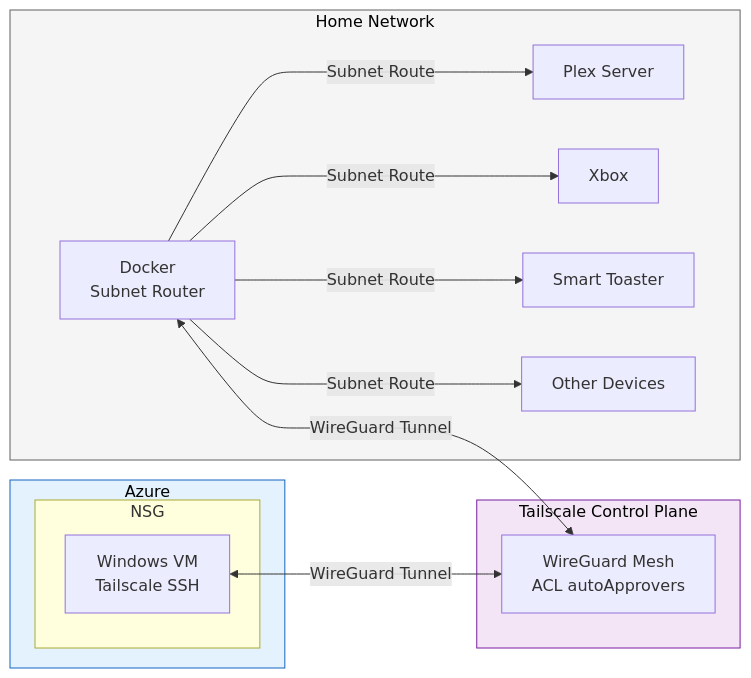
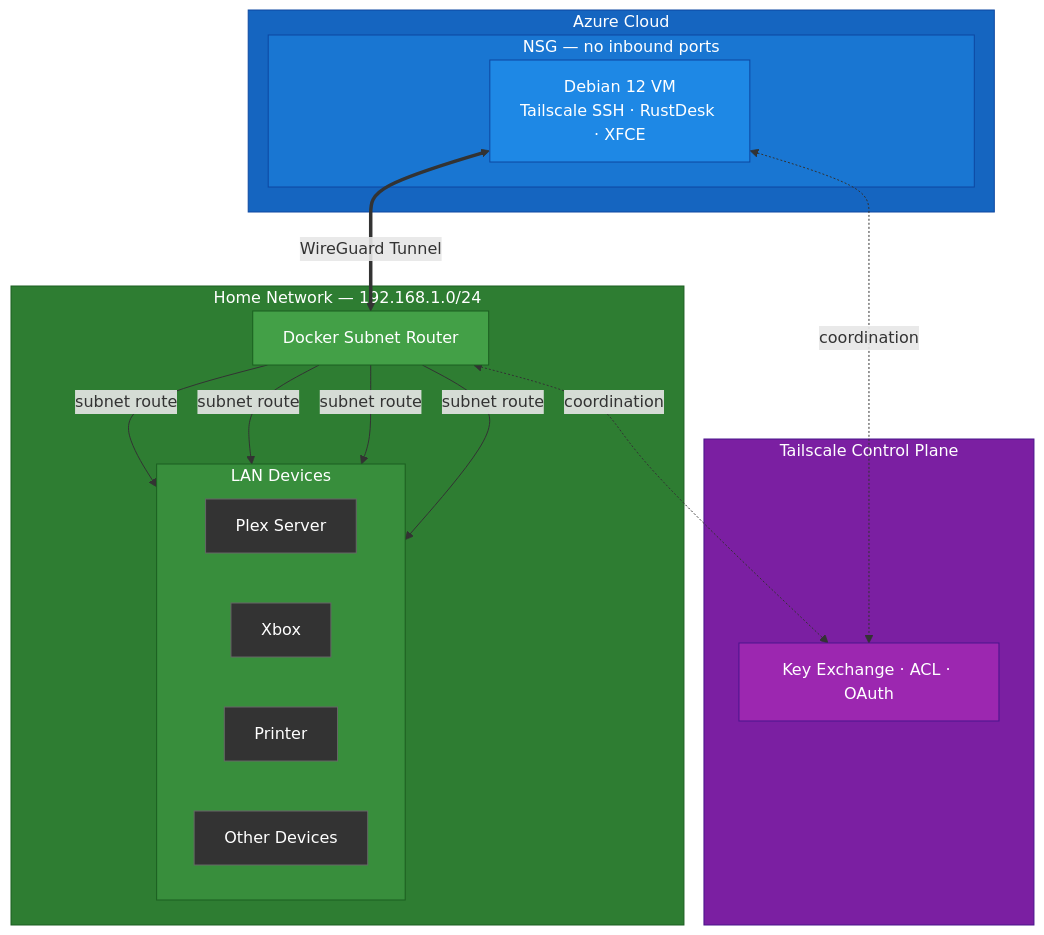
The diagram in README.md (mwmardis/tailscale-subnet-router-lab), drawn with Mermaid before and after one commit. The commit also changed other lines of this file and 12 other files, not shown here.

````diff
--- a/README.md
+++ b/README.md
@@ -7,27 +7,45 @@
 ```mermaid
-graph LR
-    subgraph Azure["Azure"]
-        subgraph NSG["NSG"]
-            VM["Windows VM<br/>Tailscale SSH"]
+graph TB
+    subgraph CP["Tailscale Control Plane"]
+        Coord["Key Exchange · ACL · OAuth"]
+    end
+
+    VM <-. coordination .-> Coord
+    SR <-. coordination .-> Coord
+
+    subgraph Azure["Azure Cloud"]
+        subgraph NSG["NSG — no inbound ports"]
+            VM["Debian 12 VM<br/>Tailscale SSH · RustDesk · XFCE"]
         end
     end
 
-    subgraph Tailnet["Tailscale Control Plane"]
-        CP["WireGuard Mesh<br/>ACL autoApprovers"]
+    VM <== WireGuard Tunnel ==> SR
+
+    subgraph Home["Home Network — 192.168.1.0/24"]
+        SR["Docker Subnet Router"]
+        SR -->|subnet route| Plex
+        SR -->|subnet route| Xbox
+        SR -->|subnet route| Printer
+        SR -->|subnet route| Devices
+        subgraph LAN["LAN Devices"]
+            direction LR
+            Plex["Plex Server"]
+            Xbox["Xbox"]
+            Printer["Printer"]
+            Devices["Other Devices"]
+        end
     end
 
-    subgraph Home["Home Network"]
-        SR["Docker<br/>Subnet Router"]
-        SR -->|Subnet Route| Plex["Plex Server"]
-        SR -->|Subnet Route| Xbox["Xbox"]
-        SR -->|Subnet Route| Toaster["Smart Toaster"]
-        SR -->|Subnet Route| Devices["Other Devices"]
-    end
-
-    VM <-->|"WireGuard Tunnel"| CP
-    SR <-->|"WireGuard Tunnel"| CP
-
-    style Azure fill:#e3f2fd,stroke:#1565c0,color:#000
-    style Tailnet fill:#f3e5f5,stroke:#7b1fa2,color:#000
-    style Home fill:#f5f5f5,stroke:#616161,color:#000
+    style CP fill:#7b1fa2,stroke:#4a148c,color:#fff
+    style Azure fill:#1565c0,stroke:#0d47a1,color:#fff
+    style NSG fill:#1976d2,stroke:#0d47a1,color:#fff
+    style Home fill:#2e7d32,stroke:#1b5e20,color:#fff
+    style LAN fill:#388e3c,stroke:#1b5e20,color:#fff
+    style VM fill:#1e88e5,stroke:#0d47a1,color:#fff
+    style SR fill:#43a047,stroke:#1b5e20,color:#fff
+    style Coord fill:#9c27b0,stroke:#4a148c,color:#fff
+    style Plex fill:#333,stroke:#666,color:#fff
+    style Xbox fill:#333,stroke:#666,color:#fff
+    style Printer fill:#333,stroke:#666,color:#fff
+    style Devices fill:#333,stroke:#666,color:#fff
 ```
````
